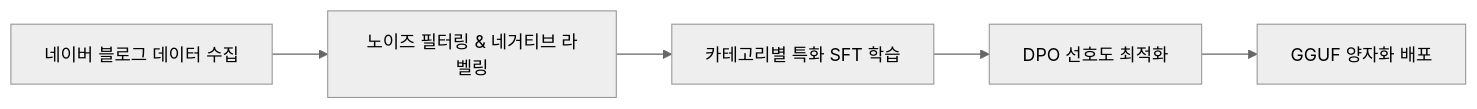
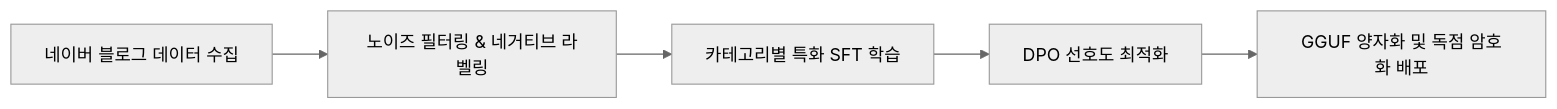
One commit to lmo0317/blog changed the first of 2 diagrams in docs/kmong-95782-feature-gap-analysis.md. Above: the diagram before and after it, drawn with Mermaid (neutral theme). The commit also changed other lines of this file, not shown here.

````diff
--- a/docs/kmong-95782-feature-gap-analysis.md
+++ b/docs/kmong-95782-feature-gap-analysis.md
@@ -42,7 +45,7 @@
 ```mermaid
 graph LR
     A[네이버 블로그 데이터 수집] --> B[노이즈 필터링 & 네거티브 라벨링]
     B --> C[카테고리별 특화 SFT 학습]
     C --> D[DPO 선호도 최적화]
-    D --> E[GGUF 양자화 배포]
+    D --> E[GGUF 양자화 및 독점 암호화 배포]
 ```
````
